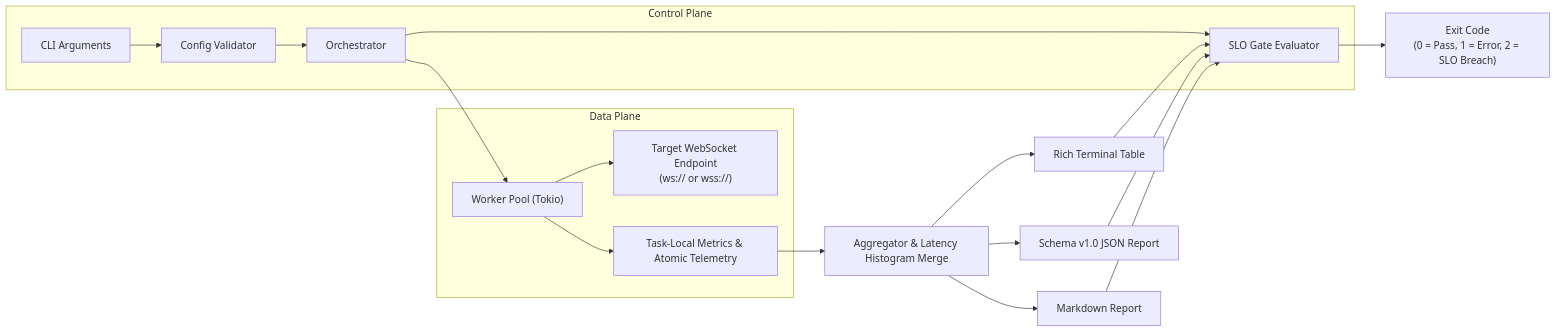
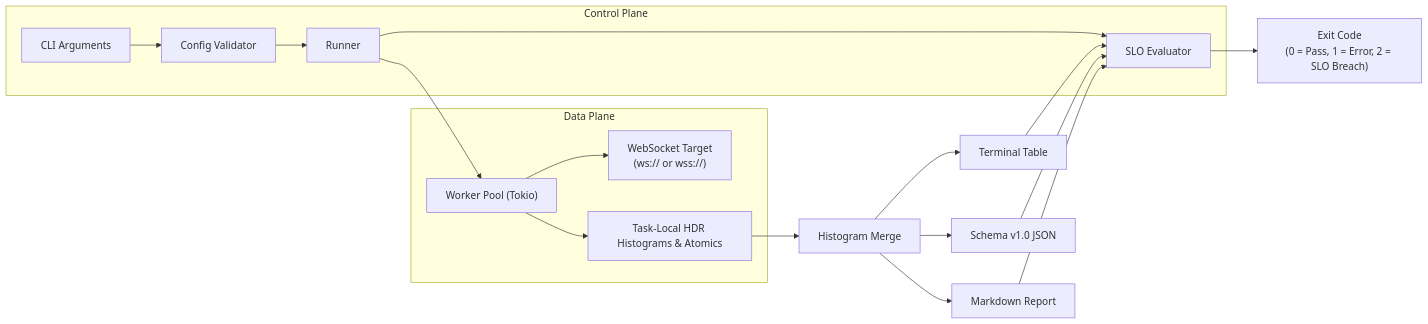
One commit to jephter-olamiposi/wsblast changed the diagram in README.md. Above: the diagram before and after it, drawn with Mermaid. The commit also changed other lines of this file, not shown here.

````diff
--- a/README.md
+++ b/README.md
@@ -29,23 +81,23 @@
 ```mermaid
 flowchart LR
     subgraph ControlPlane["Control Plane"]
         A["CLI Arguments"] --> B["Config Validator"]
-        B --> C["Orchestrator"]
-        C --> D["SLO Gate Evaluator"]
+        B --> C["Runner"]
+        C --> D["SLO Evaluator"]
     end
 
     subgraph DataPlane["Data Plane"]
         C --> E["Worker Pool (Tokio)"]
-        E --> F["Target WebSocket Endpoint\n(ws:// or wss://)"]
-        E --> G["Task-Local Metrics & Atomic Telemetry"]
+        E --> F["WebSocket Target\n(ws:// or wss://)"]
+        E --> G["Task-Local HDR Histograms & Atomics"]
     end
 
-    G --> H["Aggregator & Latency Histogram Merge"]
-    H --> I["Rich Terminal Table"]
-    H --> J["Schema v1.0 JSON Report"]
+    G --> H["Histogram Merge"]
+    H --> I["Terminal Table"]
+    H --> J["Schema v1.0 JSON"]
     H --> K["Markdown Report"]
     I --> D
     J --> D
     K --> D
     D --> L["Exit Code\n(0 = Pass, 1 = Error, 2 = SLO Breach)"]
 ```
````
